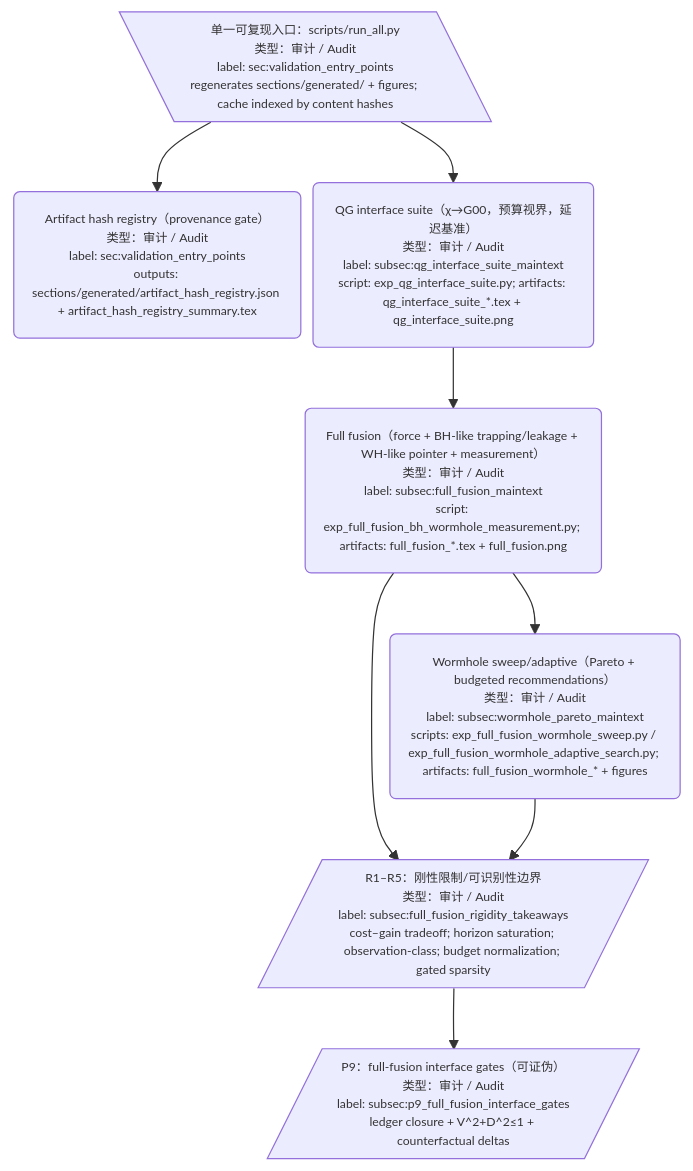
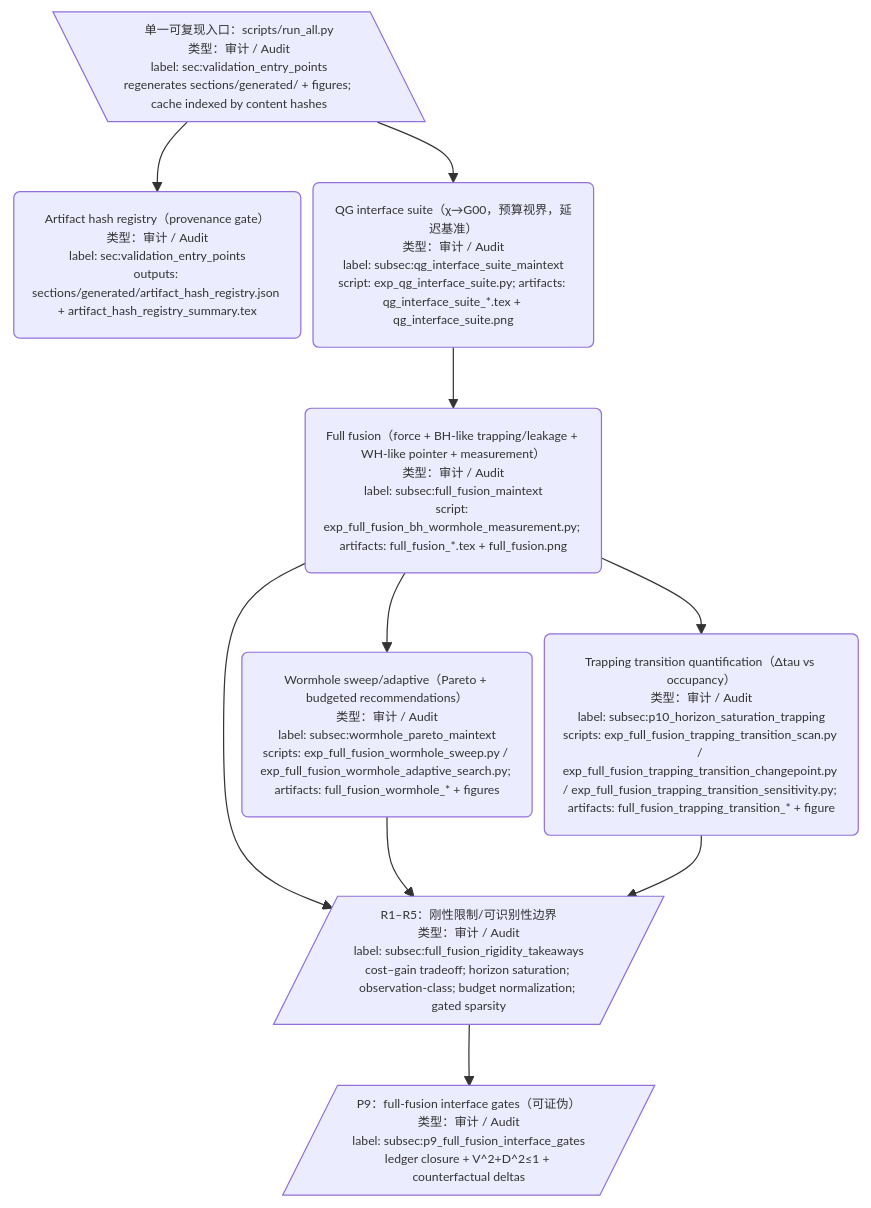
One commit to loning/the-omega changed diagram 11 of 13 in docs/papers/2025_z128_standard_model_stable_sector_hpa_omega/architecture_dag.md. Above: the diagram before and after it, drawn with Mermaid. The commit also changed other lines of this file and 25 other files, not shown here.

First line of the commit message:
Implement trapping transition quantification and enhance full-fusion interface

````diff
--- a/docs/papers/2025_z128_standard_model_stable_sector_hpa_omega/architecture_dag.md
+++ b/docs/papers/2025_z128_standard_model_stable_sector_hpa_omega/architecture_dag.md
@@ -1643,23 +1643,27 @@
 ```mermaid
 %%{init: {"maxTextSize": 100000, "flowchart": {"useMaxWidth": false, "nodeSpacing": 10, "rankSpacing": 50}, "themeVariables": {"fontSize": "10px"}}}%%
 flowchart TB
 
   M_run_all@{ shape: lean-l, label: "单一可复现入口：scripts/run_all.py<br/>类型：审计 / Audit<br/>label: sec:validation_entry_points<br/>regenerates sections/generated/ + figures; cache indexed by content hashes" }
 
   M_artifact_registry("Artifact hash registry（provenance gate）<br/>类型：审计 / Audit<br/>label: sec:validation_entry_points<br/>outputs: sections/generated/artifact_hash_registry.json + artifact_hash_registry_summary.tex")
 
   M_qg_suite("QG interface suite（χ→G00，预算视界，延迟基准）<br/>类型：审计 / Audit<br/>label: subsec:qg_interface_suite_maintext<br/>script: exp_qg_interface_suite.py; artifacts: qg_interface_suite_*.tex + qg_interface_suite.png")
 
   M_full_fusion("Full fusion（force + BH-like trapping/leakage + WH-like pointer + measurement）<br/>类型：审计 / Audit<br/>label: subsec:full_fusion_maintext<br/>script: exp_full_fusion_bh_wormhole_measurement.py; artifacts: full_fusion_*.tex + full_fusion.png")
 
+  M_trap_quant("Trapping transition quantification（Δtau vs occupancy）<br/>类型：审计 / Audit<br/>label: subsec:p10_horizon_saturation_trapping<br/>scripts: exp_full_fusion_trapping_transition_scan.py / exp_full_fusion_trapping_transition_changepoint.py / exp_full_fusion_trapping_transition_sensitivity.py; artifacts: full_fusion_trapping_transition_* + figure")
+
   M_wh_sweep("Wormhole sweep/adaptive（Pareto + budgeted recommendations）<br/>类型：审计 / Audit<br/>label: subsec:wormhole_pareto_maintext<br/>scripts: exp_full_fusion_wormhole_sweep.py / exp_full_fusion_wormhole_adaptive_search.py; artifacts: full_fusion_wormhole_* + figures")
 
   M_rigidity@{ shape: lean-r, label: "R1–R5：刚性限制/可识别性边界<br/>类型：审计 / Audit<br/>label: subsec:full_fusion_rigidity_takeaways<br/>cost–gain tradeoff; horizon saturation; observation-class; budget normalization; gated sparsity" }
 
   P_p9@{ shape: lean-r, label: "P9：full-fusion interface gates（可证伪）<br/>类型：审计 / Audit<br/>label: subsec:p9_full_fusion_interface_gates<br/>ledger closure + V^2+D^2≤1 + counterfactual deltas" }
 
   M_run_all --> M_artifact_registry
   M_run_all --> M_qg_suite --> M_full_fusion --> M_wh_sweep
   M_full_fusion --> M_rigidity --> P_p9
   M_wh_sweep --> M_rigidity
+  M_full_fusion --> M_trap_quant
+  M_trap_quant --> M_rigidity
 ```
````
